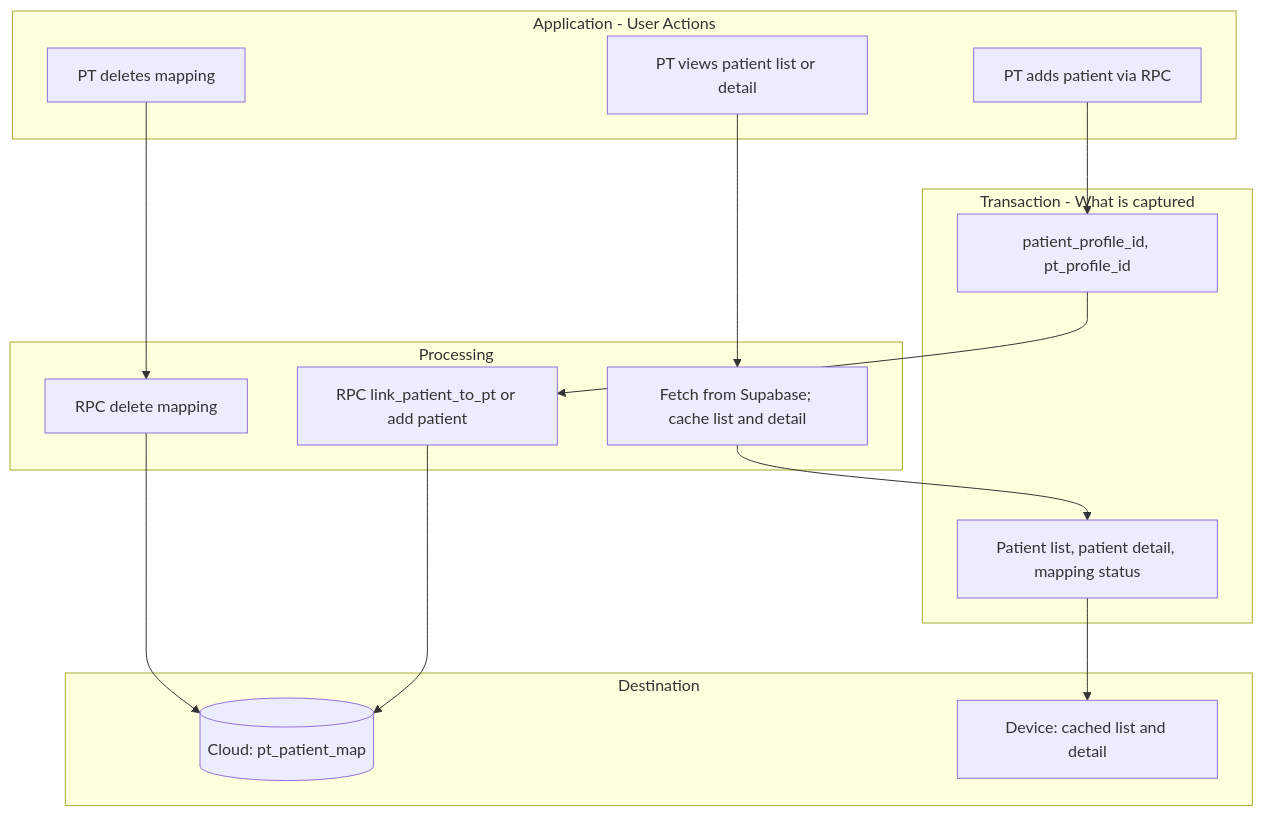
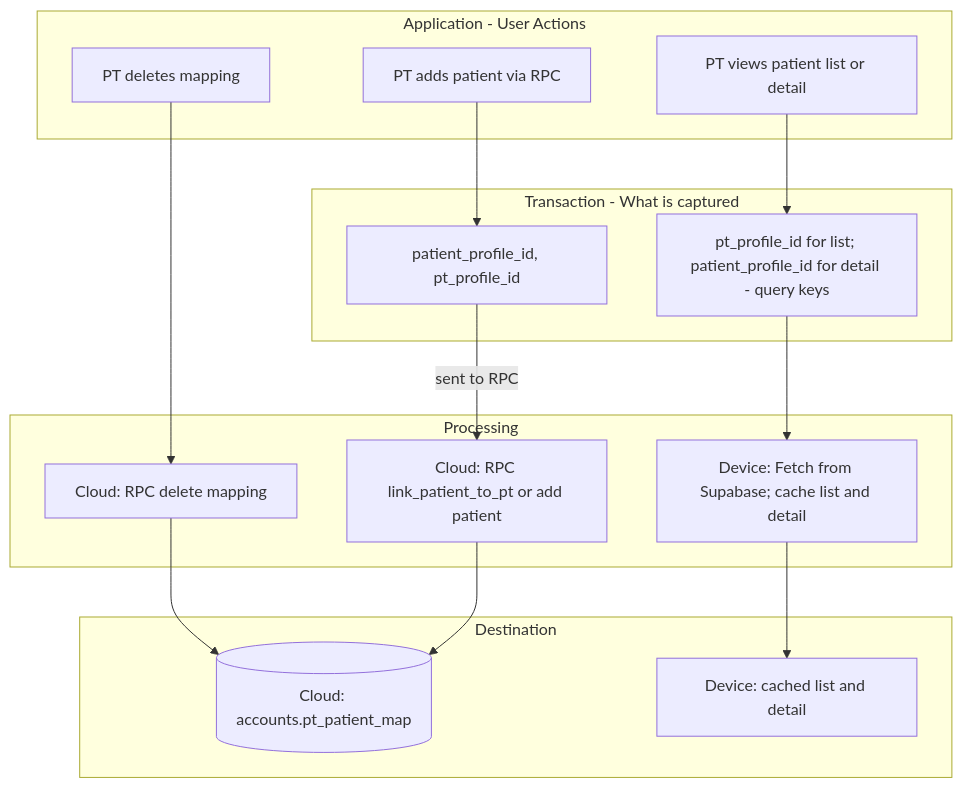
Before and after one commit to seanja5/realrehab-mvp: the fifth of 8 diagrams in docs/DATA_FLOW.md, drawn with Mermaid. The commit also changed other lines of this file, not shown here.

First line of the commit message:
docs: clarify device vs cloud processing in DATA_FLOW module flows

````diff
--- a/docs/DATA_FLOW.md
+++ b/docs/DATA_FLOW.md
@@ -345,28 +368,29 @@
 ```mermaid
 flowchart TB
     subgraph appE [Application - User Actions]
         AE1[PT adds patient via RPC]
         AE2[PT deletes mapping]
         AE3[PT views patient list or detail]
     end
 
-    subgraph procE [Processing]
-        PE1[RPC link_patient_to_pt or add patient]
-        PE2[RPC delete mapping]
-        PE3[Fetch from Supabase; cache list and detail]
+    subgraph txE [Transaction - What is captured]
+        TE1[patient_profile_id, pt_profile_id]
+        TE2[pt_profile_id for list; patient_profile_id for detail - query keys]
     end
 
-    subgraph txE [Transaction - What is captured]
-        TE1[patient_profile_id, pt_profile_id]
-        TE2[Patient list, patient detail, mapping status]
+    subgraph procE [Processing]
+        PE1[Cloud: RPC link_patient_to_pt or add patient]
+        PE2[Cloud: RPC delete mapping]
+        PE3[Device: Fetch from Supabase; cache list and detail]
     end
 
     subgraph destE [Destination]
-        DE1[(Cloud: pt_patient_map)]
+        DE1[(Cloud: accounts.pt_patient_map)]
         DE2[Device: cached list and detail]
     end
 
-    AE1 --> TE1 --> PE1 --> DE1
+    AE1 --> TE1
+    TE1 -->|sent to RPC| PE1 --> DE1
     AE2 --> PE2 --> DE1
-    AE3 --> PE3 --> TE2 --> DE2
+    AE3 --> TE2 --> PE3 --> DE2
 ```
````
